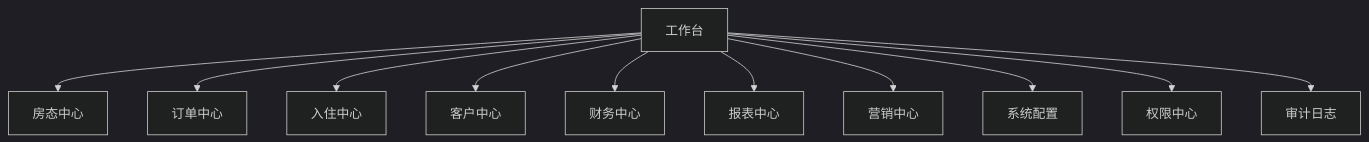
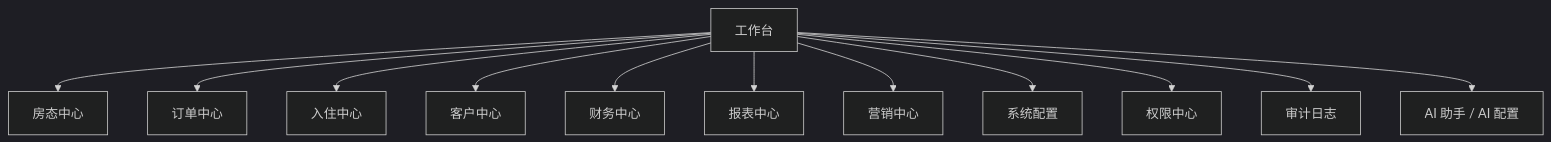
Before and after one commit to MelodyKnit/HoteLink: the fifth of 7 diagrams in docs/frontend-system-design.md, drawn with Mermaid (dark theme). The commit also changed other lines of this file and 15 other files, not shown here.

````diff
--- a/docs/frontend-system-design.md
+++ b/docs/frontend-system-design.md
@@ -141,13 +147,14 @@
 ```mermaid
 flowchart TD
     DASH["工作台"] --> ROOM["房态中心"]
     DASH --> ORDER["订单中心"]
     DASH --> CHECKIN["入住中心"]
     DASH --> CUSTOMER["客户中心"]
     DASH --> BILL["财务中心"]
     DASH --> REPORT["报表中心"]
     DASH --> MARKET["营销中心"]
     DASH --> CONFIG["系统配置"]
     DASH --> AUTH["权限中心"]
     DASH --> LOG["审计日志"]
+    DASH --> AI["AI 助手 / AI 配置"]
 ```
````
